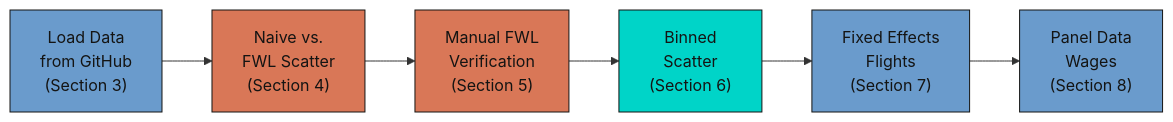
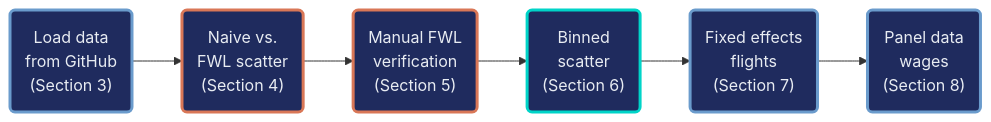
Before and after one commit to cmg777/starter-academic-v501: the first of 2 diagrams in content/post/stata_fwl/index.md, drawn with Mermaid. The commit also changed other lines of this file and 13 other files, not shown here.

First line of the commit message:
content(mermaid): restyle flowcharts in Stata posts, batch 1 of 2

````diff
--- a/content/post/stata_fwl/index.md
+++ b/content/post/stata_fwl/index.md
@@ -237,15 +237,14 @@
 ```mermaid
 graph LR
-    A["Load Data<br/>from GitHub<br/>(Section 3)"] --> B["Naive vs.<br/>FWL Scatter<br/>(Section 4)"]
-    B --> C["Manual FWL<br/>Verification<br/>(Section 5)"]
-    C --> D["Binned<br/>Scatter<br/>(Section 6)"]
-    D --> E["Fixed Effects<br/>Flights<br/>(Section 7)"]
-    E --> F["Panel Data<br/>Wages<br/>(Section 8)"]
-
-    style A fill:#6a9bcc,stroke:#141413,color:#141413
-    style B fill:#d97757,stroke:#141413,color:#141413
-    style C fill:#d97757,stroke:#141413,color:#141413
-    style D fill:#00d4c8,stroke:#141413,color:#141413
-    style E fill:#6a9bcc,stroke:#141413,color:#141413
-    style F fill:#6a9bcc,stroke:#141413,color:#141413
+    A("Load data<br/>from GitHub<br/>(Section 3)") --> B("Naive vs.<br/>FWL scatter<br/>(Section 4)")
+    B --> C("Manual FWL<br/>verification<br/>(Section 5)")
+    C --> D("Binned<br/>scatter<br/>(Section 6)")
+    D --> E("Fixed effects<br/>flights<br/>(Section 7)")
+    E --> F("Panel data<br/>wages<br/>(Section 8)")
+    classDef blue fill:#1f2b5e,stroke:#6a9bcc,stroke-width:3px,color:#e8ecf2
+    classDef orange fill:#1f2b5e,stroke:#d97757,stroke-width:3px,color:#e8ecf2
+    classDef teal fill:#1f2b5e,stroke:#00d4c8,stroke-width:3px,color:#e8ecf2
+    class A,E,F blue
+    class B,C orange
+    class D teal
 ```
````
